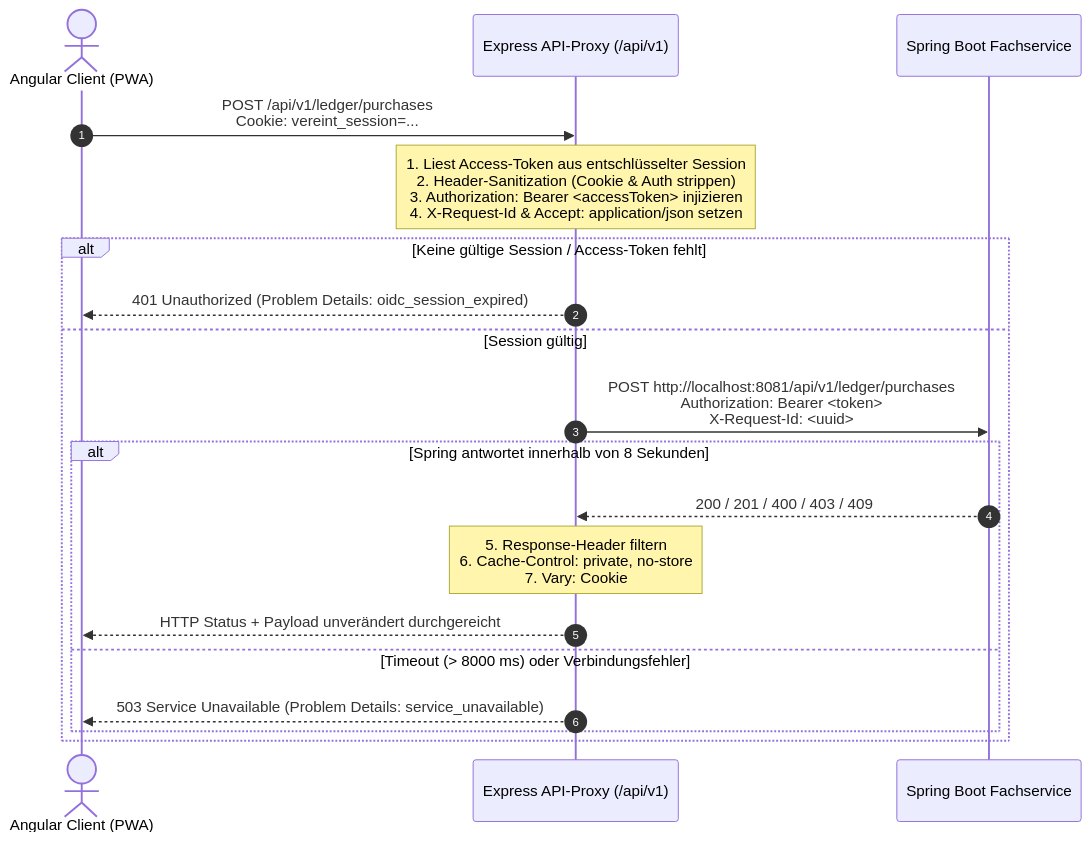
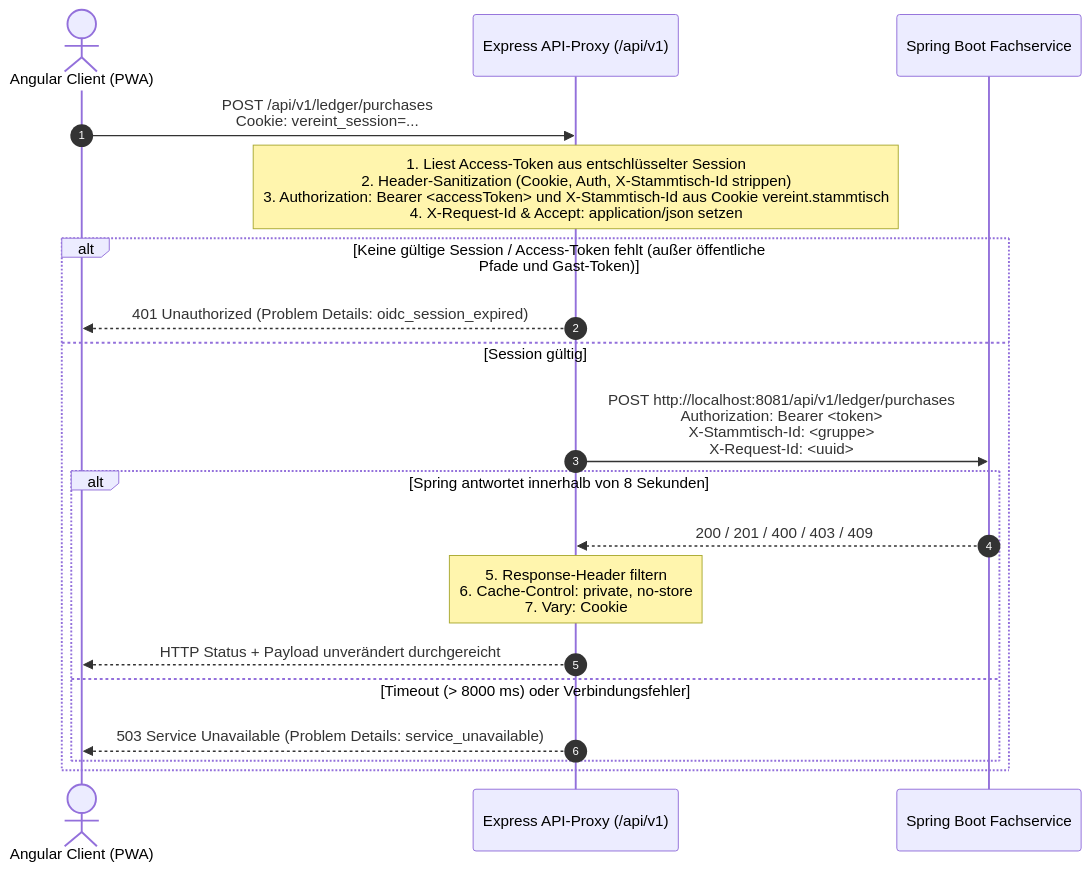
Before and after one commit to damaurer/vereint: the diagram in docs/backend-for-frontend/05-api-proxy-and-invites.md, drawn with Mermaid. The commit also changed other lines of this file and 20 other files, not shown here.

````diff
--- a/docs/backend-for-frontend/05-api-proxy-and-invites.md
+++ b/docs/backend-for-frontend/05-api-proxy-and-invites.md
@@ -11,25 +11,25 @@
 ```mermaid
 sequenceDiagram
   autonumber
   actor Browser as Angular Client (PWA)
   participant Proxy as Express API-Proxy (/api/v1)
   participant Spring as Spring Boot Fachservice
 
   Browser->>Proxy: POST /api/v1/ledger/purchases<br/>Cookie: vereint_session=...
   
-  Note over Proxy: 1. Liest Access-Token aus entschlüsselter Session<br/>2. Header-Sanitization (Cookie & Auth strippen)<br/>3. Authorization: Bearer <accessToken> injizieren<br/>4. X-Request-Id & Accept: application/json setzen
+  Note over Proxy: 1. Liest Access-Token aus entschlüsselter Session<br/>2. Header-Sanitization (Cookie, Auth, X-Stammtisch-Id strippen)<br/>3. Authorization: Bearer <accessToken> und X-Stammtisch-Id aus Cookie vereint.stammtisch<br/>4. X-Request-Id & Accept: application/json setzen
   
-  alt Keine gültige Session / Access-Token fehlt
+  alt Keine gültige Session / Access-Token fehlt (außer öffentliche Pfade und Gast-Token)
     Proxy-->>Browser: 401 Unauthorized (Problem Details: oidc_session_expired)
   else Session gültig
-    Proxy->>Spring: POST http://localhost:8081/api/v1/ledger/purchases<br/>Authorization: Bearer <token><br/>X-Request-Id: <uuid>
+    Proxy->>Spring: POST http://localhost:8081/api/v1/ledger/purchases<br/>Authorization: Bearer <token><br/>X-Stammtisch-Id: <gruppe><br/>X-Request-Id: <uuid>
     
     alt Spring antwortet innerhalb von 8 Sekunden
       Spring-->>Proxy: 200 / 201 / 400 / 403 / 409
       Note over Proxy: 5. Response-Header filtern<br/>6. Cache-Control: private, no-store<br/>7. Vary: Cookie
       Proxy-->>Browser: HTTP Status + Payload unverändert durchgereicht
     else Timeout (> 8000 ms) oder Verbindungsfehler
       Proxy-->>Browser: 503 Service Unavailable (Problem Details: service_unavailable)
     end
   end
 ```
````
